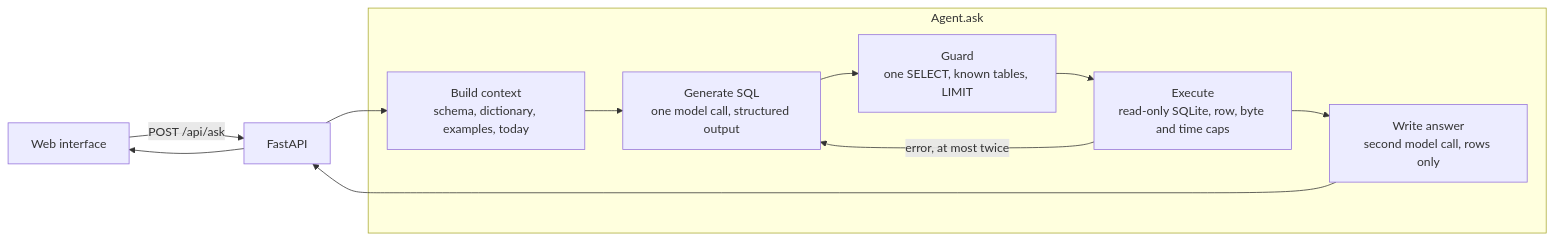
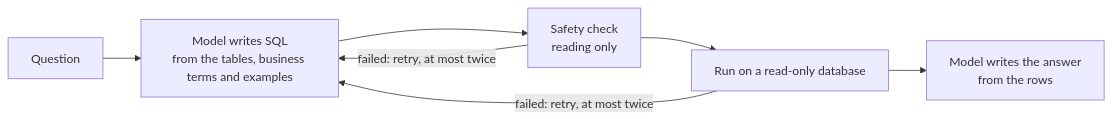
One commit to hmalik-dev/bse-nlq-agent changed the diagram in README.md. Above: the diagram before and after it, drawn with Mermaid. The commit also changed other lines of this file and 2 other files, not shown here.

````diff
--- a/README.md
+++ b/README.md
@@ -43,13 +30,8 @@
 ```mermaid
 flowchart LR
-    UI[Web interface] -->|POST /api/ask| API[FastAPI]
-    API --> A
-    subgraph Agent.ask
-        A[Build context<br/>schema, dictionary, examples, today] --> B[Generate SQL<br/>one model call, structured output]
-        B --> C[Guard<br/>one SELECT, known tables, LIMIT]
-        C --> D[Execute<br/>read-only SQLite, row, byte and time caps]
-        D -->|error, at most twice| B
-        D --> E[Write answer<br/>second model call, rows only]
-    end
-    E --> API --> UI
+    Q[Question] --> B[Model writes SQL<br/>from the tables, business terms and examples]
+    B --> C[Safety check<br/>reading only]
+    C --> D[Run on a read-only database]
+    C & D -->|failed: retry, at most twice| B
+    D --> E[Model writes the answer<br/>from the rows]
 ```
````
